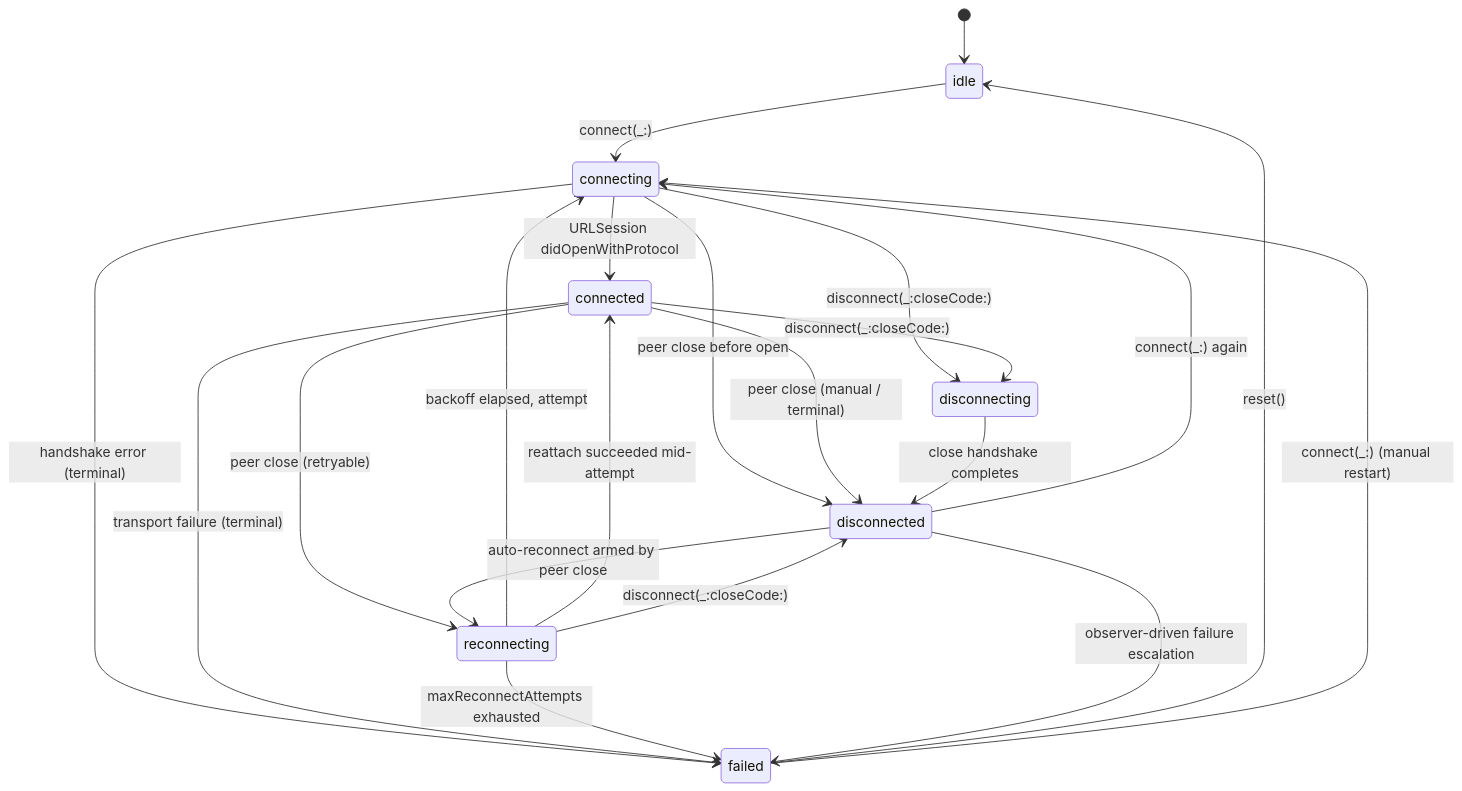
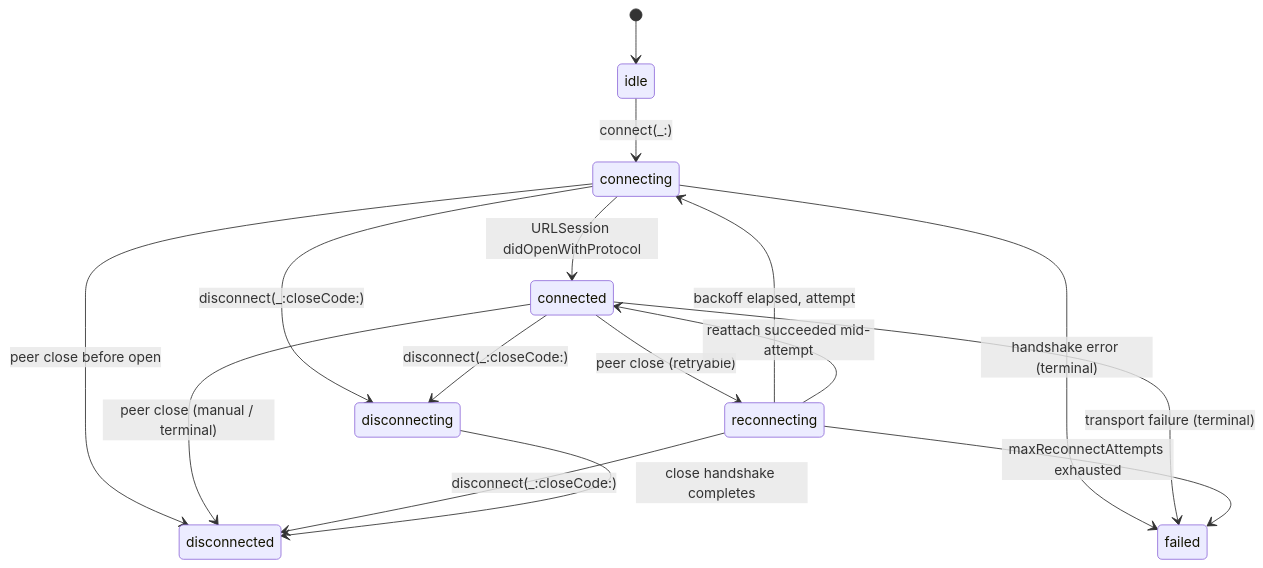
The diagram in docs/WebSocketLifecycle.md (InnoSquadCorp/InnoNetwork), drawn with Mermaid before and after one commit. The commit also changed other lines of this file and 17 other files, not shown here.

````diff
--- a/docs/WebSocketLifecycle.md
+++ b/docs/WebSocketLifecycle.md
@@ -13,28 +13,22 @@
 ```mermaid
 stateDiagram-v2
     [*] --> idle
 
     idle --> connecting : connect(_:)
     connecting --> connected : URLSession didOpenWithProtocol
     connecting --> failed : handshake error (terminal)
     connecting --> disconnected : peer close before open
     connecting --> disconnecting : disconnect(_:closeCode:)
 
     connected --> disconnecting : disconnect(_:closeCode:)
     connected --> reconnecting : peer close (retryable)
     connected --> failed : transport failure (terminal)
     connected --> disconnected : peer close (manual / terminal)
 
     reconnecting --> connecting : backoff elapsed, attempt
     reconnecting --> connected : reattach succeeded mid-attempt
     reconnecting --> failed : maxReconnectAttempts exhausted
     reconnecting --> disconnected : disconnect(_:closeCode:)
 
     disconnecting --> disconnected : close handshake completes
-    disconnected --> connecting : connect(_:) again
-    disconnected --> reconnecting : auto-reconnect armed by peer close
-    disconnected --> failed : observer-driven failure escalation
-
-    failed --> idle : reset()
-    failed --> connecting : connect(_:) (manual restart)
 ```
````
